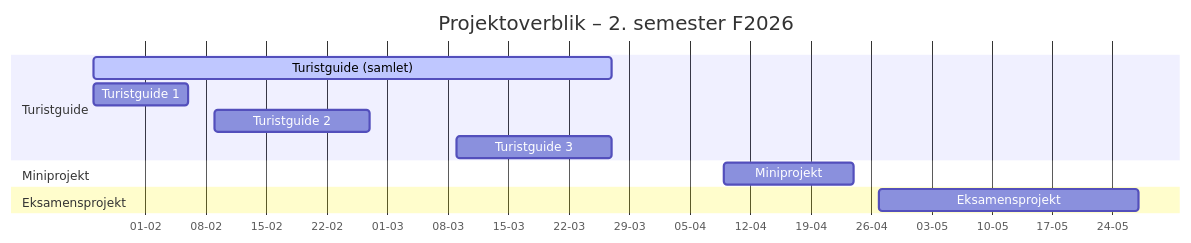
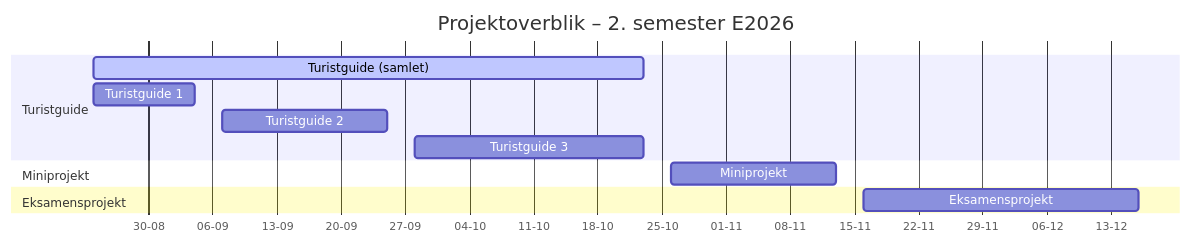
One commit to AnikoZs/DATA-GBG-F26B changed the diagram in README.md. Above: the diagram before and after it, drawn with Mermaid. The commit also changed other lines of this file and 19 other files, not shown here.

````diff
--- a/README.md
+++ b/README.md
@@ -699,18 +699,18 @@
 ```mermaid
 gantt
-    title Projektoverblik – 2. semester F2026
+    title Projektoverblik – 2. semester E2026
     dateFormat  YYYY-MM-DD
     axisFormat  %d-%m
 
     section Turistguide
-    Turistguide (samlet)            :active, tg, 2026-01-26, 2026-03-27
-    Turistguide 1                   :tg1, 2026-01-26, 2026-02-06
-    Turistguide 2                   :tg2, 2026-02-09, 2026-02-27
-    Turistguide 3                   :tg3, 2026-03-09, 2026-03-27
+    Turistguide (samlet)            :active, tg, 2026-08-24, 2026-10-23
+    Turistguide 1                   :tg1, 2026-08-24, 2026-09-04
+    Turistguide 2                   :tg2, 2026-09-07, 2026-09-25
+    Turistguide 3                   :tg3, 2026-09-28, 2026-10-23
 
     section Miniprojekt
-    Miniprojekt                     :mini, 2026-04-09, 2026-04-24
+    Miniprojekt                     :mini, 2026-10-26, 2026-11-13
 
     section Eksamensprojekt
-    Eksamensprojekt                 :exam, 2026-04-27, 2026-05-27
+    Eksamensprojekt                 :exam, 2026-11-16, 2026-12-16
 ```
````
